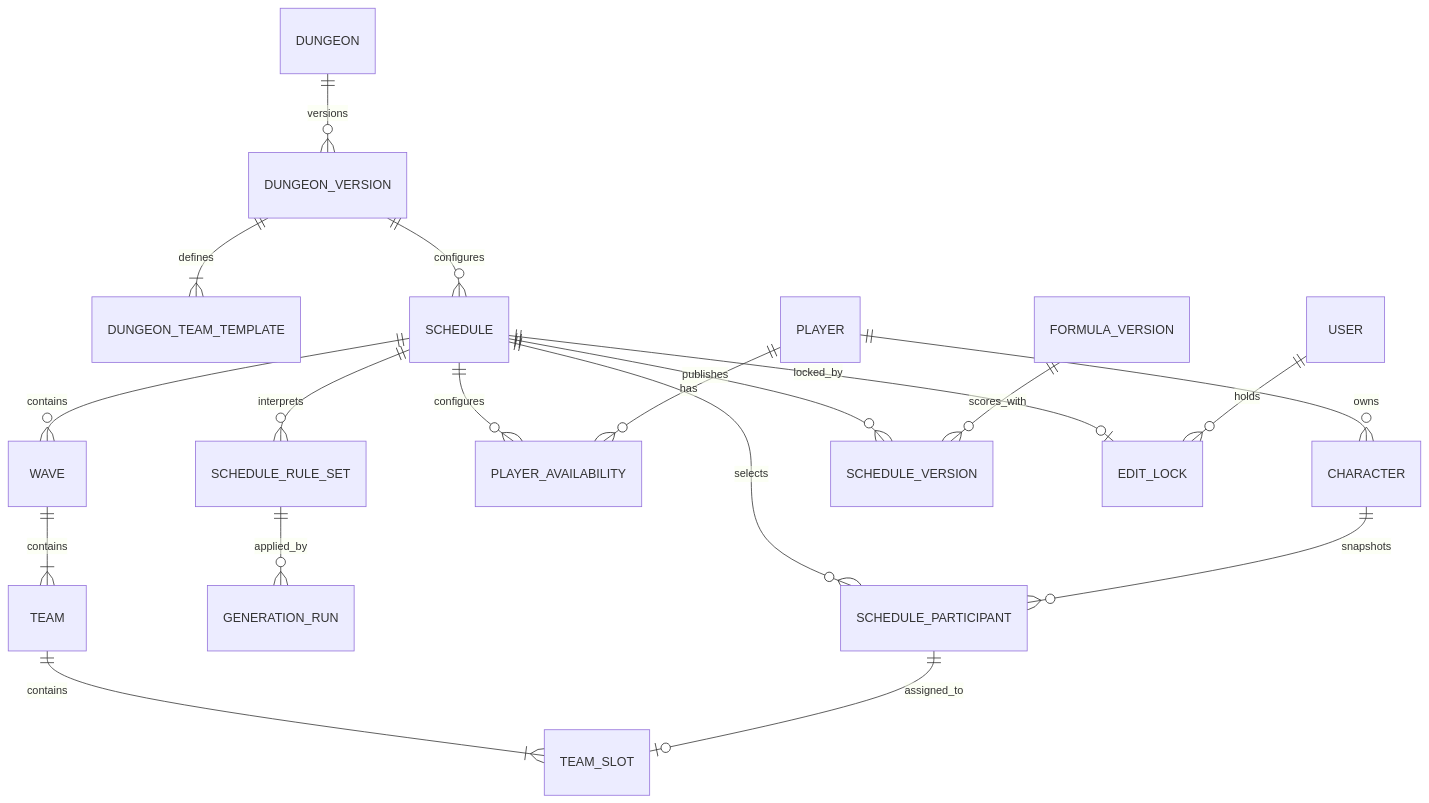
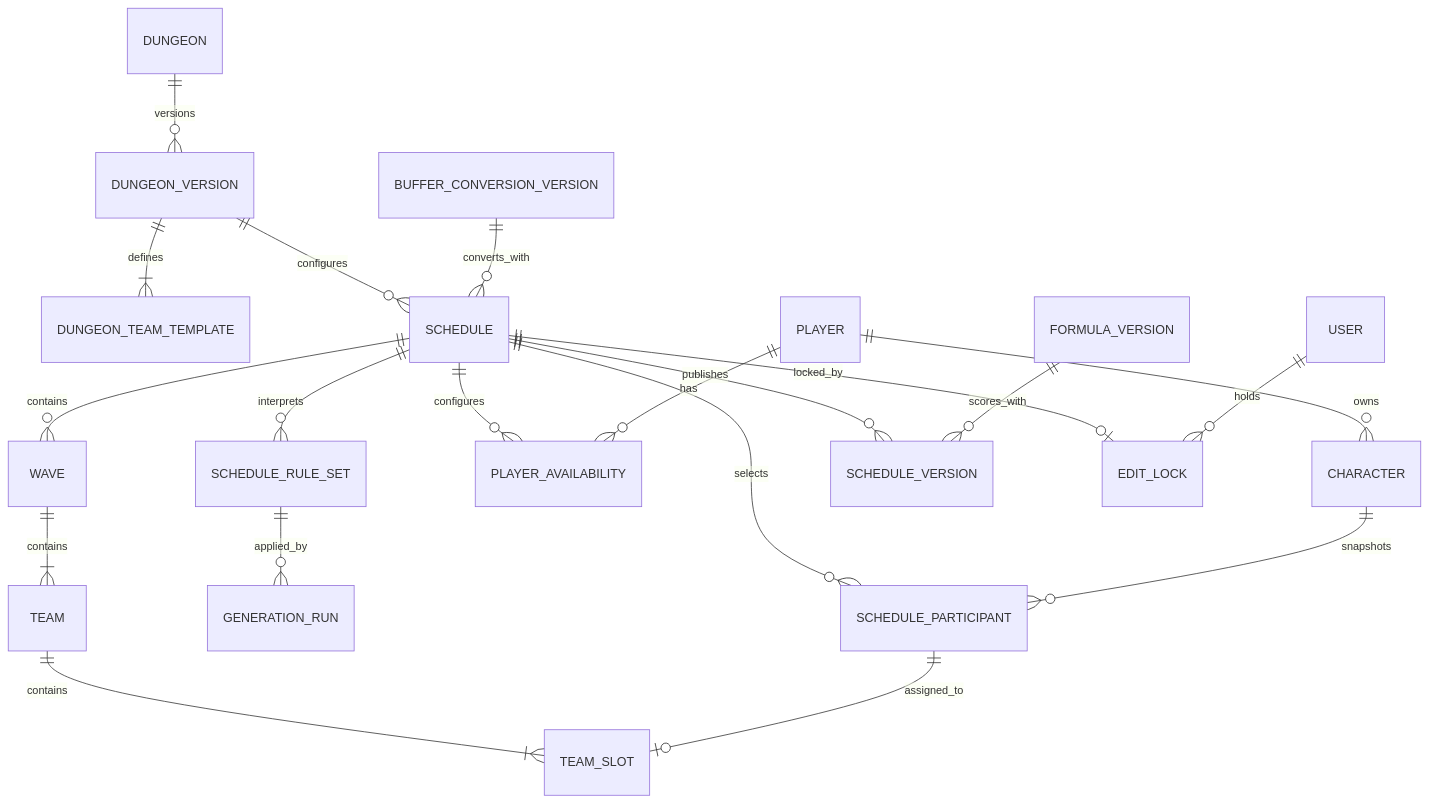
One commit to haonange1314/dnf-leader-tool changed the diagram in docs/design.md. Above: the diagram before and after it, drawn with Mermaid. The commit also changed other lines of this file and 64 other files, not shown here.

````diff
--- a/docs/design.md
+++ b/docs/design.md
@@ -601,21 +595,22 @@
 ```mermaid
 erDiagram
     DUNGEON ||--o{ DUNGEON_VERSION : versions
     DUNGEON_VERSION ||--|{ DUNGEON_TEAM_TEMPLATE : defines
     DUNGEON_VERSION ||--o{ SCHEDULE : configures
     PLAYER ||--o{ CHARACTER : owns
     SCHEDULE ||--o{ SCHEDULE_PARTICIPANT : selects
     SCHEDULE ||--o{ SCHEDULE_RULE_SET : interprets
     SCHEDULE_RULE_SET ||--o{ GENERATION_RUN : applied_by
     CHARACTER ||--o{ SCHEDULE_PARTICIPANT : snapshots
     SCHEDULE ||--o{ PLAYER_AVAILABILITY : configures
     PLAYER ||--o{ PLAYER_AVAILABILITY : has
     SCHEDULE ||--o{ WAVE : contains
     WAVE ||--|{ TEAM : contains
     TEAM ||--|{ TEAM_SLOT : contains
     SCHEDULE_PARTICIPANT ||--o| TEAM_SLOT : assigned_to
     SCHEDULE ||--o{ SCHEDULE_VERSION : publishes
     FORMULA_VERSION ||--o{ SCHEDULE_VERSION : scores_with
+    BUFFER_CONVERSION_VERSION ||--o{ SCHEDULE : converts_with
     SCHEDULE ||--o| EDIT_LOCK : locked_by
     USER ||--o{ EDIT_LOCK : holds
 ```
````
